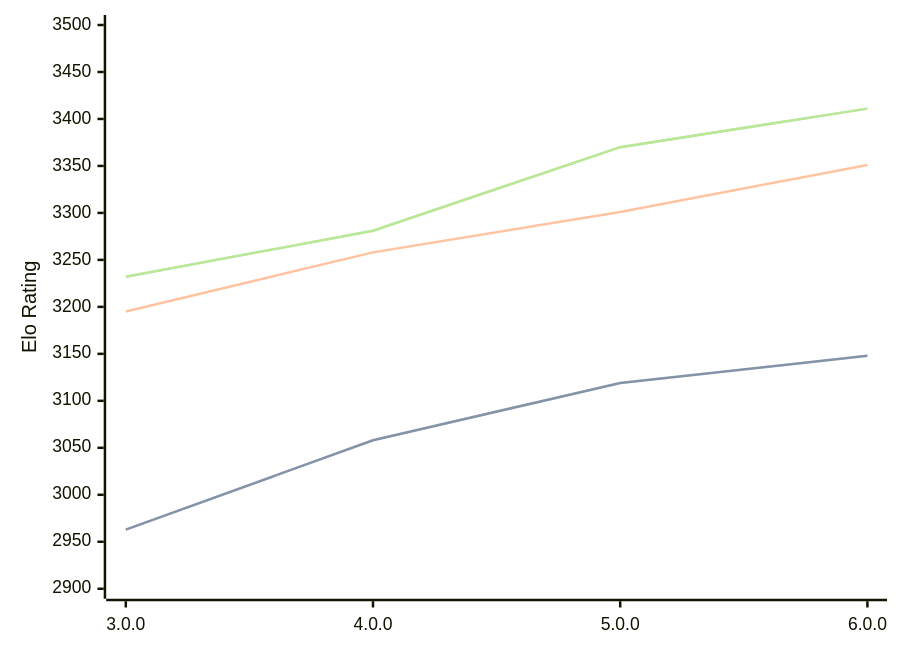
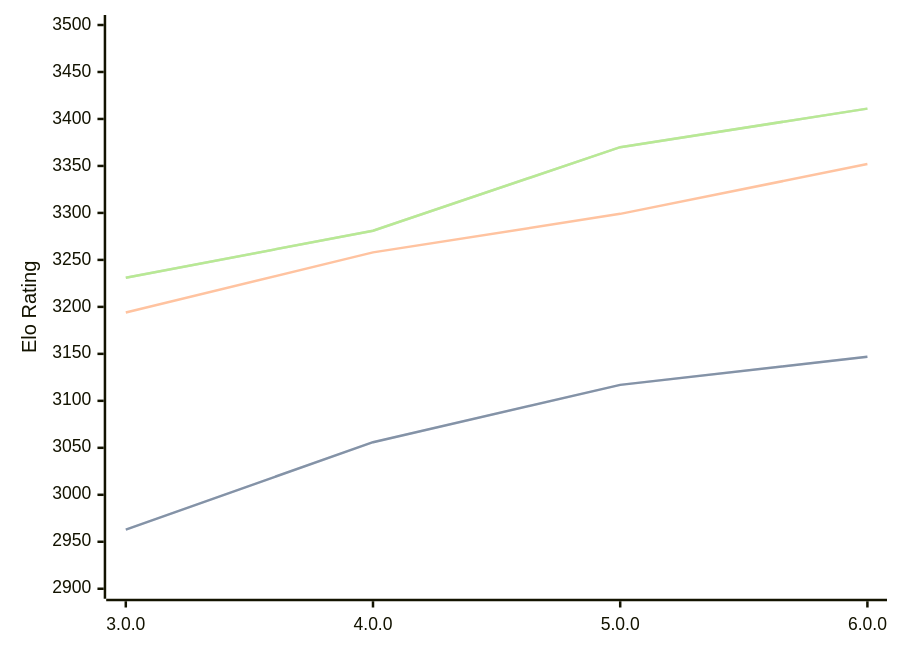
One commit to computer-chess-index/cci changed the first of 3 diagrams in engines/Minke.md. Above: the diagram before and after it, drawn with Mermaid. The commit also changed other lines of this file, not shown here.

Commit message:
Update CCI Ratings (ELO VLTC) - 2026-06-19

````diff
--- a/engines/Minke.md
+++ b/engines/Minke.md
@@ -36,11 +36,11 @@
 ```mermaid
 %%{init: {"theme":"base","themeVariables":{"seriesColors:['#a3a3a3','#222221','#faa371']}}}%%
 xychart-beta
   x-axis ["3.0.0", "4.0.0", "5.0.0", "6.0.0"]
   y-axis "Elo Rating" 2900 --> 3500
-  line "STC (8.0+0.08s)" [2963, 3058, 3119, 3148]
-  line "STC (8.0+0.08s)" [2963, 3058, 3119, 3148]
-  line "LTC (60.0+0.60s)" [3195, 3258, 3301, 3351]
-  line "VLTC (2m24s+1.12s)" [3232, 3281, 3370, 3411]
-  line "VLTC (2m24s+1.12s)" [3232, 3281, 3370, 3411]
+  line "STC (8.0+0.08s)" [2963, 3056, 3117, 3147]
+  line "STC (8.0+0.08s)" [2963, 3056, 3117, 3147]
+  line "LTC (60.0+0.60s)" [3194, 3258, 3299, 3352]
+  line "VLTC (2m24s+1.12s)" [3231, 3281, 3370, 3411]
+  line "VLTC (2m24s+1.12s)" [3231, 3281, 3370, 3411]
 ```
````
